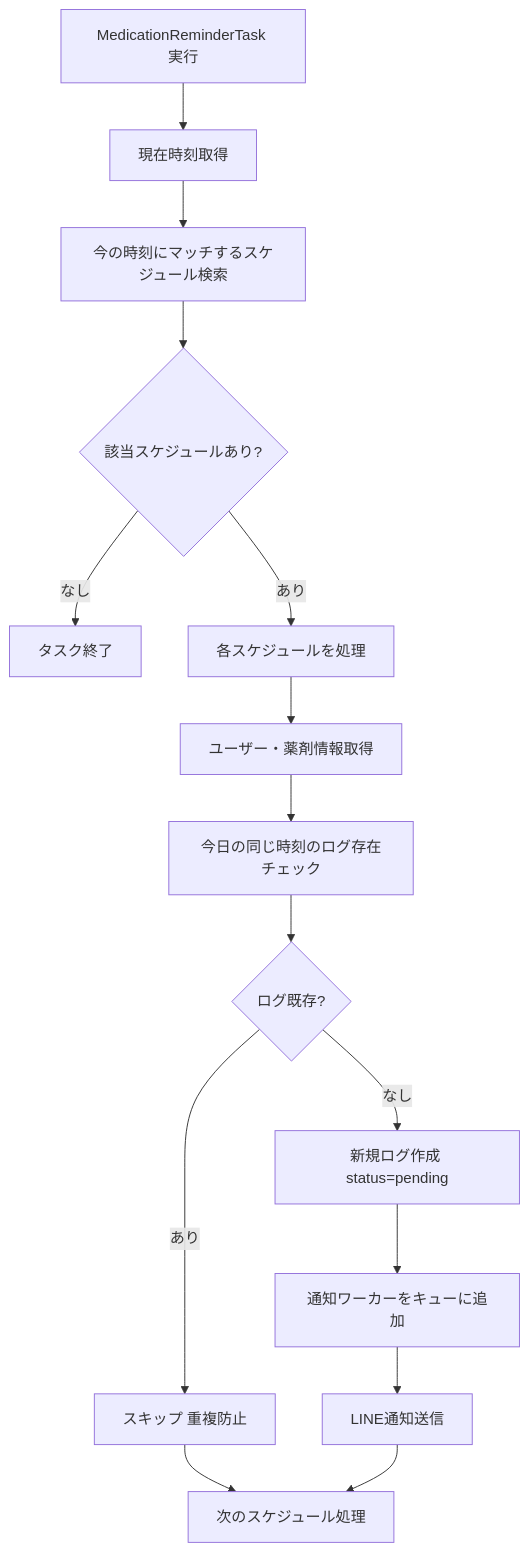
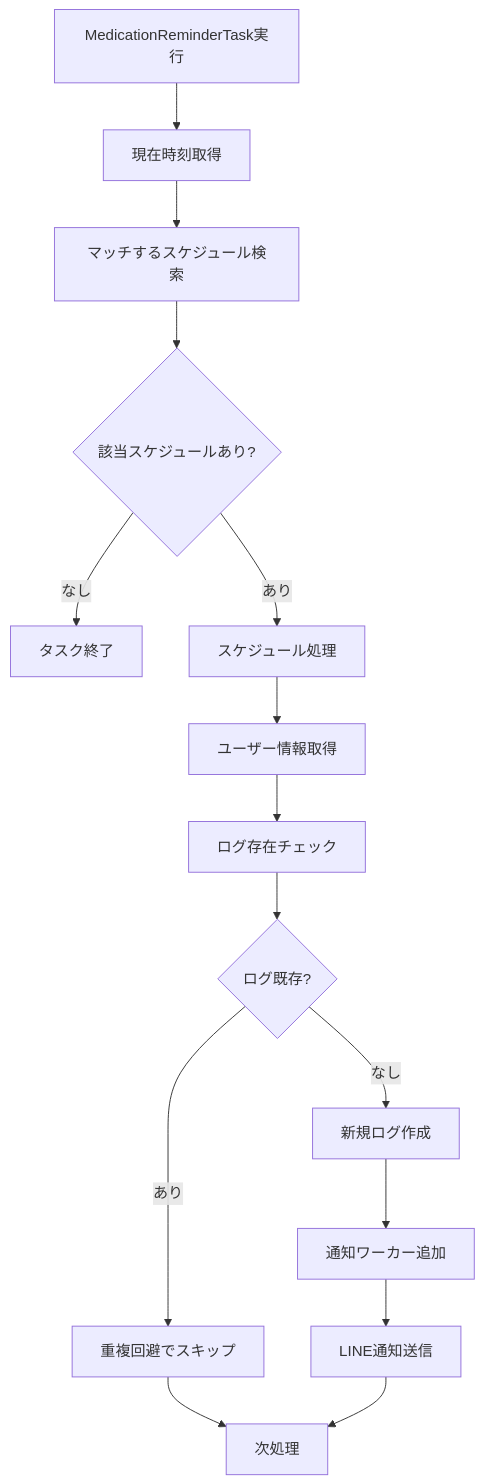
Before and after one commit to UtakataKyosui/RecommendMedicineServer: the seventh of 42 diagrams in features-flow.md, drawn with Mermaid. The commit also changed other lines of this file, not shown here.

First line of the commit message:
docs: Update features-flow.md

````diff
--- a/features-flow.md
+++ b/features-flow.md
@@ -135,17 +135,17 @@
 ```mermaid
 graph TD
-    A[MedicationReminderTask 実行] --> B[現在時刻取得]
-    B --> C[今の時刻にマッチするスケジュール検索]
+    A[MedicationReminderTask実行] --> B[現在時刻取得]
+    B --> C[マッチするスケジュール検索]
     C --> D{該当スケジュールあり?}
     D -->|なし| E[タスク終了]
-    D -->|あり| F[各スケジュールを処理]
-    F --> G[ユーザー・薬剤情報取得]
-    G --> H[今日の同じ時刻のログ存在チェック]
+    D -->|あり| F[スケジュール処理]
+    F --> G[ユーザー情報取得]
+    G --> H[ログ存在チェック]
     H --> I{ログ既存?}
-    I -->|あり| J[スキップ 重複防止]
-    I -->|なし| K[新規ログ作成 status=pending]
-    K --> L[通知ワーカーをキューに追加]
+    I -->|あり| J[重複回避でスキップ]
+    I -->|なし| K[新規ログ作成]
+    K --> L[通知ワーカー追加]
     L --> M[LINE通知送信]
-    J --> N[次のスケジュール処理]
+    J --> N[次処理]
     M --> N
 ```
````
